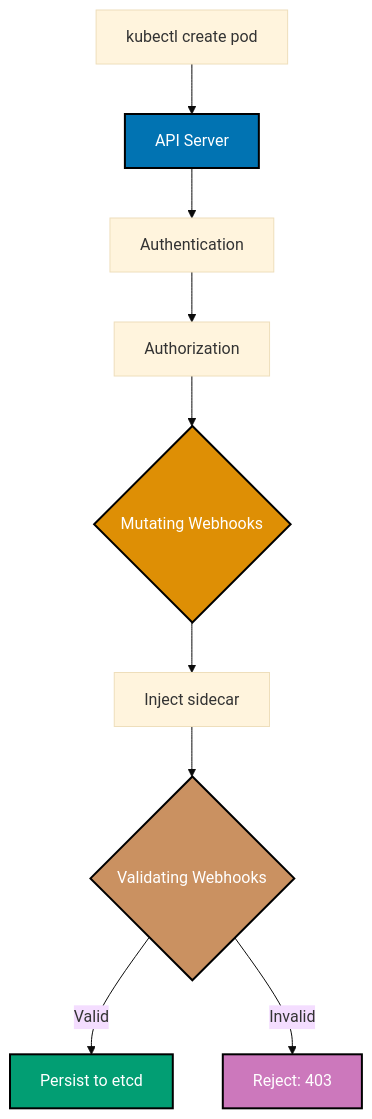
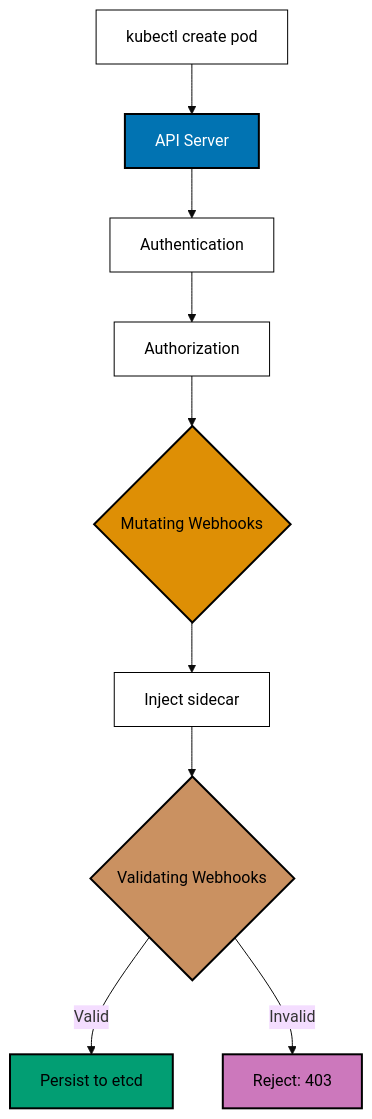
Before and after one commit to wahidyankf/ose-public: the seventh of 14 diagrams in apps/ayokoding-www/content/en/learn/legacy/software-engineering/infrastructure/tools/kubernetes/by-example/advanced.md, drawn with Mermaid (base theme). The commit also changed other lines of this file and 131 other files, not shown here.

First line of the commit message:
fix(mermaid): bring the legacy data, infrastructure, and testing diagrams onto the accessible palette

````diff
--- a/apps/ayokoding-www/content/en/learn/legacy/software-engineering/infrastructure/tools/kubernetes/by-example/advanced.md
+++ b/apps/ayokoding-www/content/en/learn/legacy/software-engineering/infrastructure/tools/kubernetes/by-example/advanced.md
@@ -2269,19 +2309,27 @@
 ```mermaid
 %% Color Palette: Blue #0173B2, Orange #DE8F05, Teal #029E73, Purple #CC78BC, Brown #CA9161
 %% Admission webhook flow
 graph TD
+ accTitle: Example 73: Admission Webhooks
+ accDescr: Graph with 9 nodes and 8 connections. Nodes: kubectl create pod, API Server, Authentication, Authorization, Mutating Webhooks, Inject sidecar, Validating Webhooks, Persist to etcd, Reject: 403. Connections: kubectl create pod to API Server, API Server to Authentication, Authentication to Authorization, Authorization to Mutating Webhooks, Mutating Webhooks to Inject sidecar, Inject sidecar to Validating Webhooks, Validating Webhooks to Persist to etcd (Valid), Validating Webhooks to Reject: 403 (Invalid).
  A[kubectl create pod] --> B[API Server]
  B --> C[Authentication]
  C --> D[Authorization]
  D --> E{Mutating Webhooks}
  E --> F[Inject sidecar]
  F --> G{Validating Webhooks}
  G -->|Valid| H[Persist to etcd]
  G -->|Invalid| I[Reject: 403]
 
- style B fill:#0173B2,stroke:#000000,stroke-width:2px,color:#fff
- style E fill:#DE8F05,stroke:#000000,stroke-width:2px,color:#fff
- style G fill:#CA9161,stroke:#000000,stroke-width:2px,color:#fff
- style H fill:#029E73,stroke:#000000,stroke-width:2px,color:#fff
- style I fill:#CC78BC,stroke:#000000,stroke-width:2px,color:#fff
+ classDef pal-0173B2 fill:#0173B2,stroke:#000000,color:#FFFFFF,stroke-width:2px
+ class B pal-0173B2
+ classDef pal-DE8F05 fill:#DE8F05,stroke:#000000,color:#000000,stroke-width:2px
+ class E pal-DE8F05
+ classDef pal-CA9161 fill:#CA9161,stroke:#000000,color:#000000,stroke-width:2px
+ class G pal-CA9161
+ classDef pal-029E73 fill:#029E73,stroke:#000000,color:#000000,stroke-width:2px
+ class H pal-029E73
+ classDef pal-CC78BC fill:#CC78BC,stroke:#000000,color:#000000,stroke-width:2px
+ class I pal-CC78BC
+ classDef default fill:#FFFFFF,stroke:#000000,color:#000000
 ```
````
